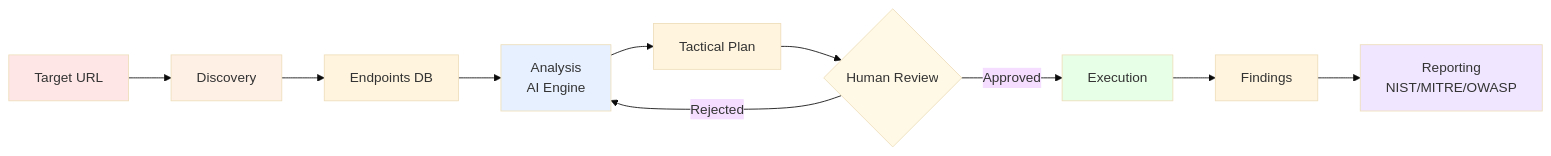
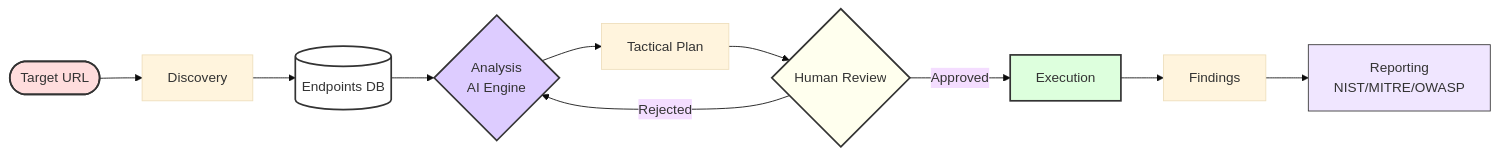
One commit to JoseMariaMicoli/VaporTrace changed the second of 2 diagrams in README.md. Above: the diagram before and after it, drawn with Mermaid (base theme). The commit also changed other lines of this file and 1 other file, not shown here.

Commit message:
Fixed README mermaid

````diff
--- a/README.md
+++ b/README.md
@@ -261,17 +262,23 @@
 ```mermaid
-graph LR
-    A["Target URL"] --> B["Discovery"] --> C["Endpoints DB"]
-    C --> D["Analysis<br/>AI Engine"] --> E["Tactical Plan"]
-    E --> F{"Human Review"}
-    F -->|Approved| G["Execution"]
-    F -->|Rejected| D
-    G --> H["Findings"]
-    H --> I["Reporting<br/>NIST/MITRE/OWASP"]
+flowchart LR
+    A([Target URL]) --> B[Discovery]
+    B --> C[(Endpoints DB)]
+    C --> D{Analysis<br/>AI Engine}
     
-    style A fill:#ffe6e6
-    style B fill:#fff0e6
-    style D fill:#e6f0ff
-    style F fill:#fff9e6
-    style G fill:#e6ffe6
-    style I fill:#f0e6ff
+    D --> E[Tactical Plan]
+    E --> F{Human Review}
+    
+    F -- Approved --> G[Execution]
+    F -- Rejected --> D
+    
+    G --> H[Findings]
+    H --> I[Reporting<br/>NIST/MITRE/OWASP]
+
+    %% Styling for Obsidian & GitHub Compatibility
+    style A fill:#fdd,stroke:#333,stroke-width:2px
+    style C fill:#fff,stroke:#333,stroke-width:2px
+    style D fill:#dcf,stroke:#333,stroke-width:2px
+    style F fill:#ffe,stroke:#333,stroke-width:2px
+    style G fill:#dfd,stroke:#333,stroke-width:2px
+    style I fill:#f0e6ff,stroke:#333,stroke-width:2px```
 ```
````
